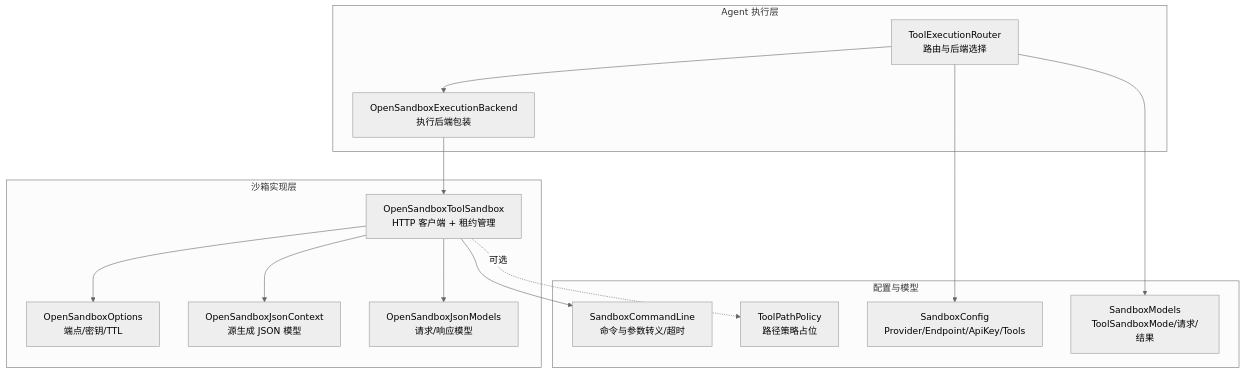
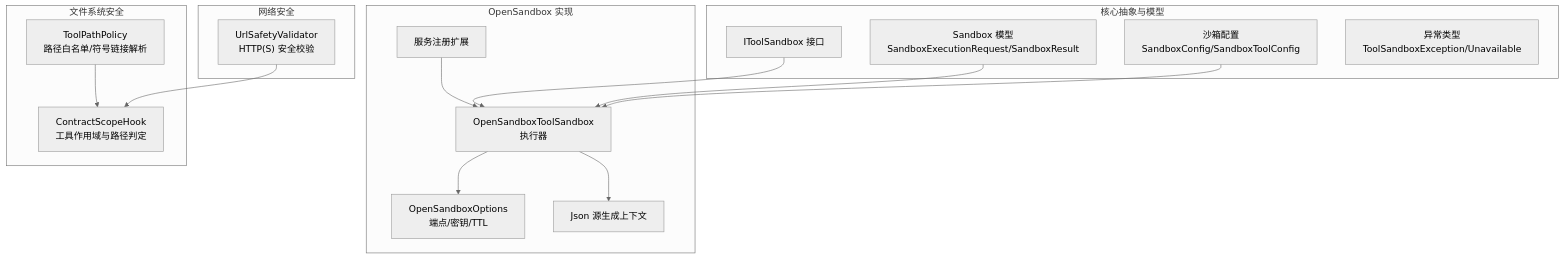
One commit to wayyet/kingcrab changed the first of 6 diagrams in .qoder/repowiki/zh/content/工具系统/工具沙箱机制.md. Above: the diagram before and after it, drawn with Mermaid (neutral theme). The commit also changed other lines of this file and 431 other files, not shown here.

````diff
--- a/.qoder/repowiki/zh/content/工具系统/工具沙箱机制.md
+++ b/.qoder/repowiki/zh/content/工具系统/工具沙箱机制.md
@@ -52,28 +46,30 @@
 ```mermaid
 graph TB
-subgraph "Agent 执行层"
-Router["ToolExecutionRouter<br/>路由与后端选择"]
-ExecBack["OpenSandboxExecutionBackend<br/>执行后端包装"]
+subgraph "核心抽象与模型"
+IToolSandbox["IToolSandbox 接口"]
+SandboxModels["Sandbox 模型<br/>SandboxExecutionRequest/SandboxResult"]
+SandboxConfig["沙箱配置<br/>SandboxConfig/SandboxToolConfig"]
+Exceptions["异常类型<br/>ToolSandboxException/Unavailable"]
 end
-subgraph "沙箱实现层"
-Sandbox["OpenSandboxToolSandbox<br/>HTTP 客户端 + 租约管理"]
+subgraph "OpenSandbox 实现"
+OpenSandboxImpl["OpenSandboxToolSandbox<br/>执行器"]
 Options["OpenSandboxOptions<br/>端点/密钥/TTL"]
-JsonCtx["OpenSandboxJsonContext<br/>源生成 JSON 模型"]
-JsonModels["OpenSandboxJsonModels<br/>请求/响应模型"]
+Ext["服务注册扩展"]
+JsonCtx["Json 源生成上下文"]
 end
-subgraph "配置与模型"
-Cfg["SandboxConfig<br/>Provider/Endpoint/ApiKey/Tools"]
-Models["SandboxModels<br/>ToolSandboxMode/请求/结果"]
-Cmd["SandboxCommandLine<br/>命令与参数转义/超时"]
-PathPolicy["ToolPathPolicy<br/>路径策略占位"]
+subgraph "文件系统安全"
+Policy["ToolPathPolicy<br/>路径白名单/符号链接解析"]
+Hook["ContractScopeHook<br/>工具作用域与路径判定"]
 end
-Router --> ExecBack
-ExecBack --> Sandbox
-Sandbox --> Options
-Sandbox --> JsonCtx
-Sandbox --> JsonModels
-Router --> Cfg
-Router --> Models
-Sandbox --> Cmd
-Sandbox -. 可选 .-> PathPolicy
+subgraph "网络安全"
+UrlValidator["UrlSafetyValidator<br/>HTTP(S) 安全校验"]
+end
+IToolSandbox --> OpenSandboxImpl
+OpenSandboxImpl --> Options
+OpenSandboxImpl --> JsonCtx
+Ext --> OpenSandboxImpl
+SandboxModels --> OpenSandboxImpl
+SandboxConfig --> OpenSandboxImpl
+Policy --> Hook
+UrlValidator --> Hook
 ```
````
